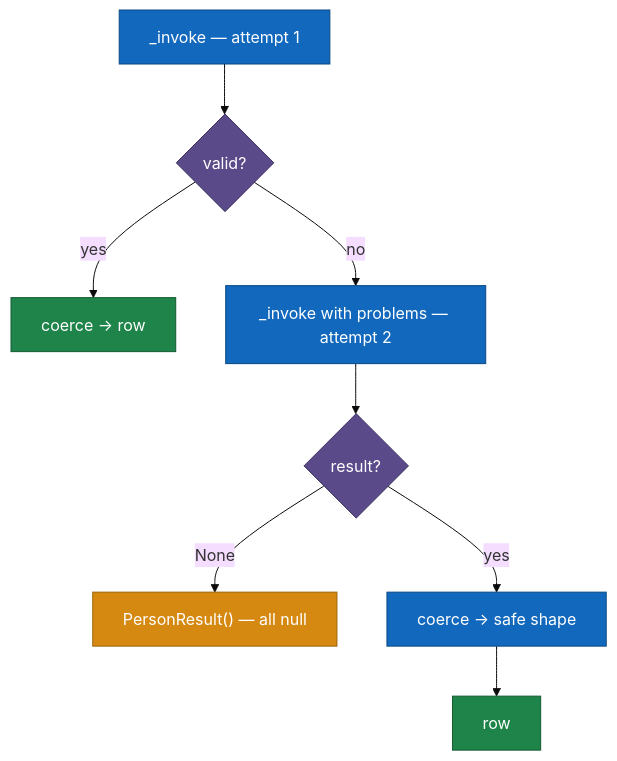
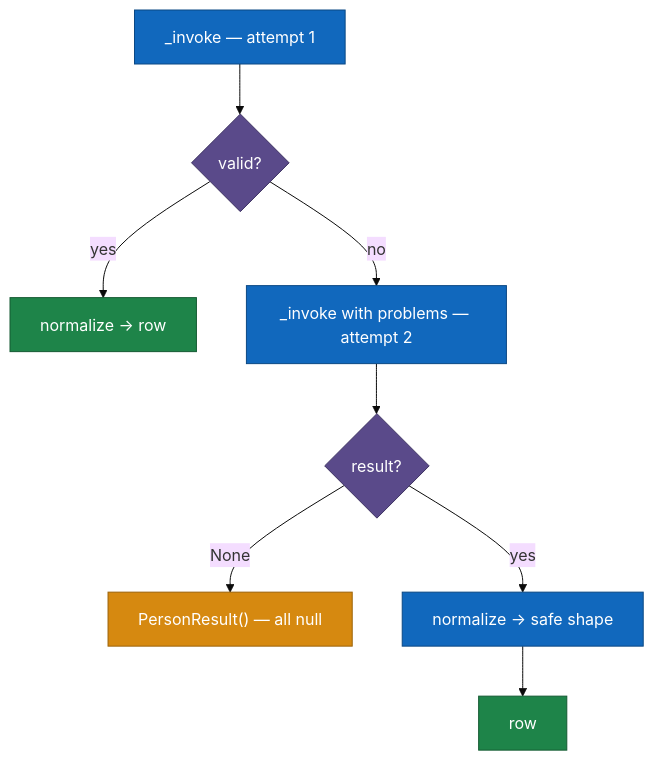
Before and after one commit to NVZver/person_finder: the third of 4 diagrams in docs/c4-4-code.md, drawn with Mermaid (base theme). The commit also changed other lines of this file and 2 other files, not shown here.

````diff
--- a/docs/c4-4-code.md
+++ b/docs/c4-4-code.md
@@ -75,19 +70,19 @@
 ```mermaid
 flowchart TD
     a["_invoke — attempt 1"] --> r1{valid?}
-    r1 -- yes --> done["coerce → row"]
+    r1 -- yes --> done["normalize → row"]
     r1 -- no --> repair["_invoke with problems — attempt 2"]
     repair --> r2{result?}
     r2 -- None --> nullrow["PersonResult() — all null"]
-    r2 -- yes --> coerce["coerce → safe shape"]
+    r2 -- yes --> coerce["normalize → safe shape"]
     coerce --> done2["row"]
 
     classDef step fill:#1168bd,stroke:#0b4884,stroke-width:1px,color:#ffffff;
     classDef dec  fill:#5a4a8a,stroke:#3f3463,stroke-width:1px,color:#ffffff;
     classDef good fill:#1e8449,stroke:#145a32,stroke-width:1px,color:#ffffff;
     classDef warn fill:#d68910,stroke:#9c6309,stroke-width:1px,color:#ffffff;
     class a,repair,coerce step;
     class r1,r2 dec;
     class done,done2 good;
     class nullrow warn;
 ```
````
